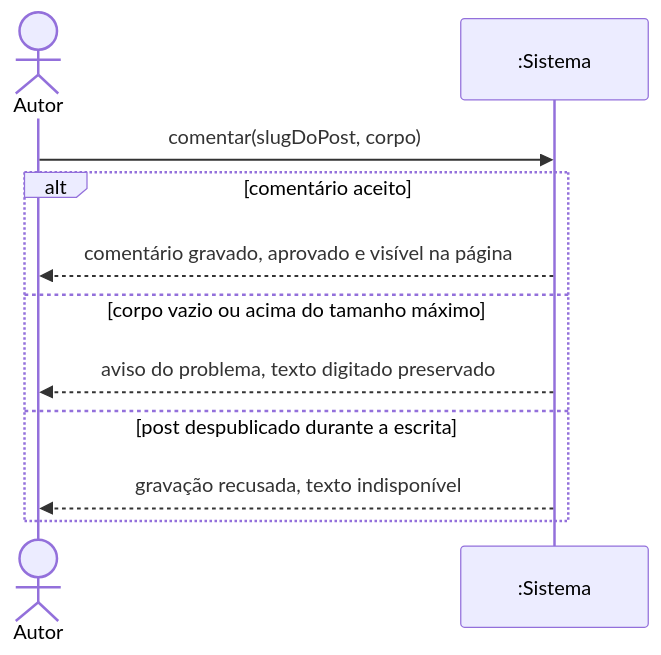
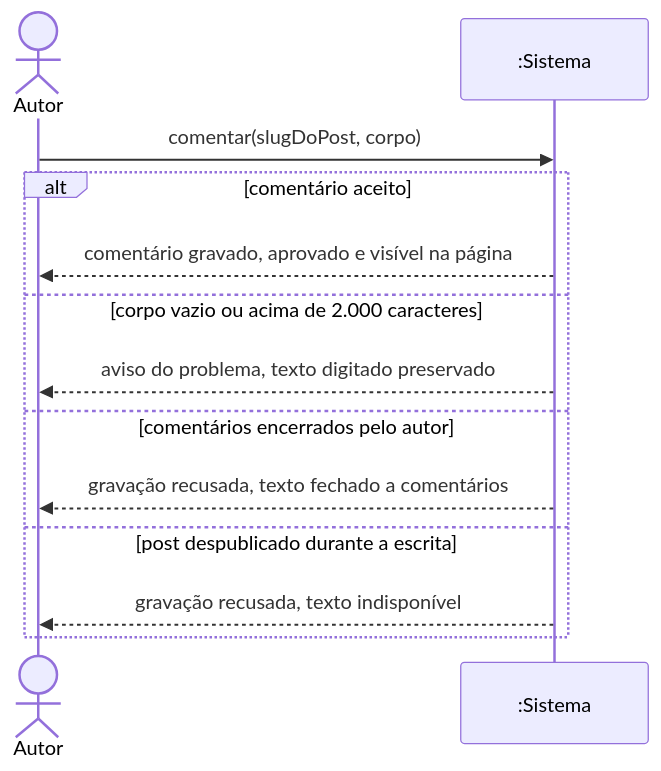
One commit to ataraxia-ppads/ataraxia-blog changed the fifth of 5 diagrams in docs/sequencia-de-sistema.md. Above: the diagram before and after it, drawn with Mermaid. The commit also changed other lines of this file and 40 other files, not shown here.

````diff
--- a/docs/sequencia-de-sistema.md
+++ b/docs/sequencia-de-sistema.md
@@ -129,13 +129,15 @@
 ```mermaid
 sequenceDiagram
     actor U as Autor
     participant S as :Sistema
     U->>S: comentar(slugDoPost, corpo)
     alt comentário aceito
         S-->>U: comentário gravado, aprovado e visível na página
-    else corpo vazio ou acima do tamanho máximo
+    else corpo vazio ou acima de 2.000 caracteres
         S-->>U: aviso do problema, texto digitado preservado
+    else comentários encerrados pelo autor
+        S-->>U: gravação recusada, texto fechado a comentários
     else post despublicado durante a escrita
         S-->>U: gravação recusada, texto indisponível
     end
 ```
````
